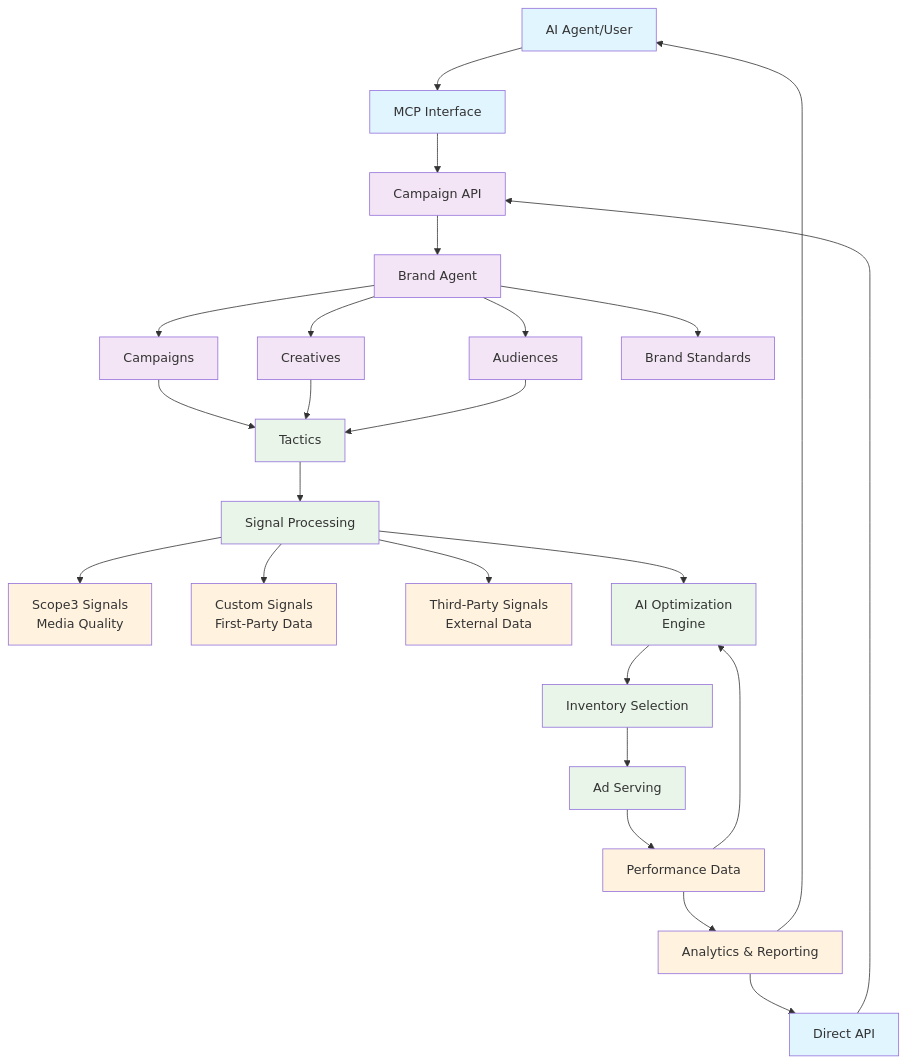
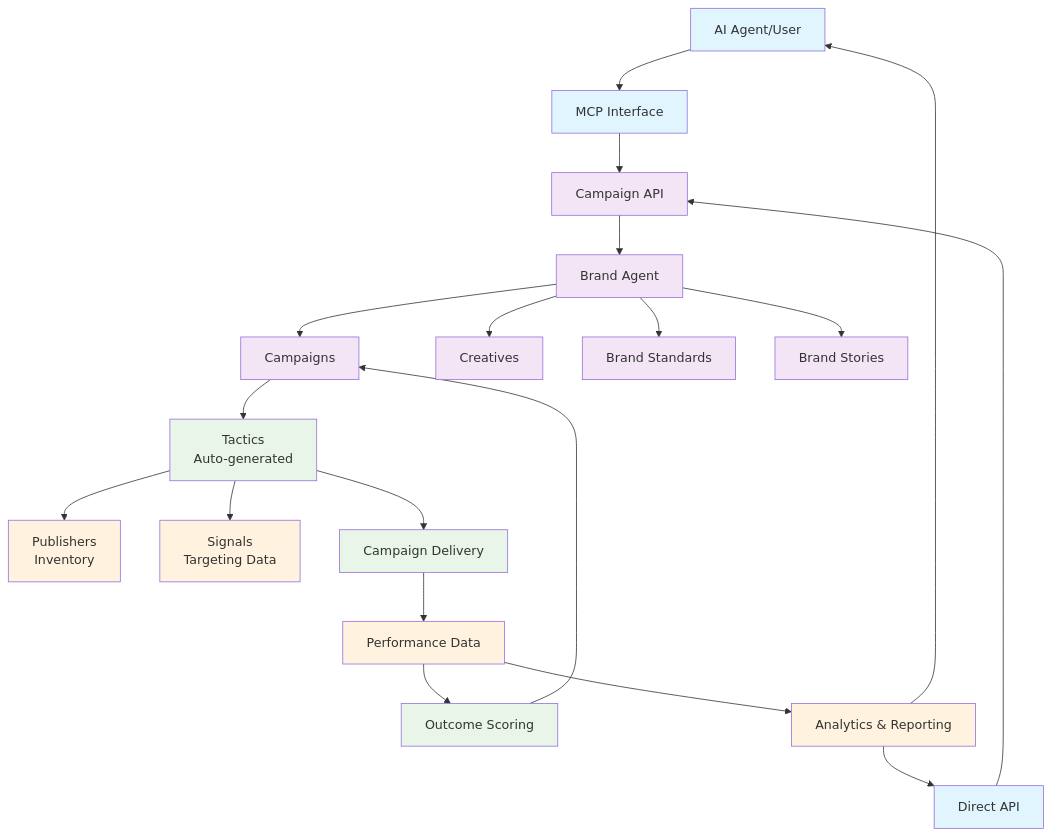
The first of 4 diagrams in mintlify/concepts.mdx (scope3data/activation-api), drawn with Mermaid before and after one commit. The commit also changed other lines of this file, not shown here.

Commit message:
docs: Update Key Concepts page to reflect current architecture
- Remove "Audiences" as primary resource, replaced with Brand Stories
- Move Tactics to be campaign-level auto-generated combinations only
- Add Brand Stories and Outcome Scoring to Brand Agent hierarchy
- Simplify mermaid diagram to focus on conceptual flow vs technical details
- Update resource hierarchy, ID patterns, and all references for consistency

🤖 Generated with [Claude Code](https://claude.ai/code)

````diff
--- a/mintlify/concepts.mdx
+++ b/mintlify/concepts.mdx
@@ -11,48 +11,43 @@
 ```mermaid
 graph TD
-    %% User/Agent Layer
+    %% User Layer
     A[AI Agent/User] --> B[MCP Interface]
     C[Direct API] --> D[Campaign API]
     B --> D
     
-    %% Core Architecture
+    %% Core Resources
     D --> E[Brand Agent]
     E --> F[Campaigns]
     E --> G[Creatives]
-    E --> H[Audiences] 
     E --> I[Brand Standards]
+    E --> BS[Brand Stories]
     
     %% Campaign Execution
-    F --> J[Tactics]
-    G --> J
-    H --> J
+    F --> J[Tactics<br/>Auto-generated]
     
-    %% Signal Processing
-    J --> K[Signal Processing]
-    K --> L[Scope3 Signals<br/>Media Quality]
-    K --> M[Custom Signals<br/>First-Party Data]
-    K --> N[Third-Party Signals<br/>External Data]
+    %% Tactic Components
+    J --> K[Publishers<br/>Inventory]
+    J --> L[Signals<br/>Targeting Data]
     
-    %% Optimization & Serving
-    K --> O[AI Optimization<br/>Engine]
-    O --> P[Inventory Selection]
-    P --> Q[Ad Serving]
+    %% Optimization Loop
+    J --> M[Campaign Delivery]
+    M --> N[Performance Data]
+    N --> O[Outcome Scoring]
+    O --> F
     
-    %% Performance Loop
-    Q --> R[Performance Data]
-    R --> S[Analytics & Reporting]
-    R --> O
-    S --> A
-    S --> C
+    %% Reporting
+    N --> P[Analytics & Reporting]
+    P --> A
+    P --> C
     
     %% Styling
     classDef userLayer fill:#e1f5fe
     classDef coreLayer fill:#f3e5f5
     classDef executionLayer fill:#e8f5e8
     classDef dataLayer fill:#fff3e0
     
     class A,B,C userLayer
-    class D,E,F,G,H,I coreLayer
-    class J,K,O,P,Q executionLayer
-    class L,M,N,R,S dataLayer
+    class D,E,F,G,I,BS coreLayer
+    class J,M,O executionLayer
+    class K,L,N,P dataLayer
 ```
````
